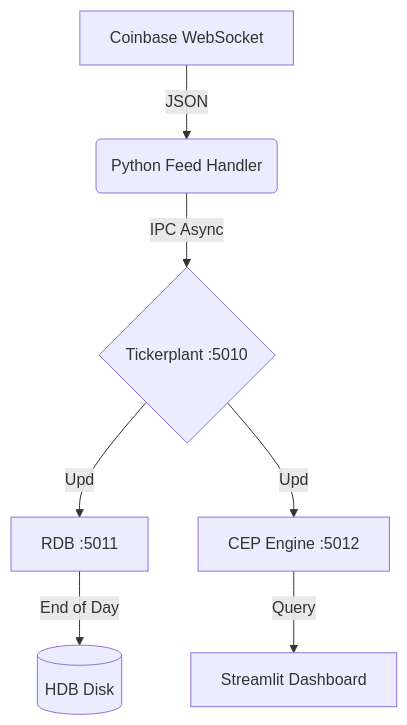
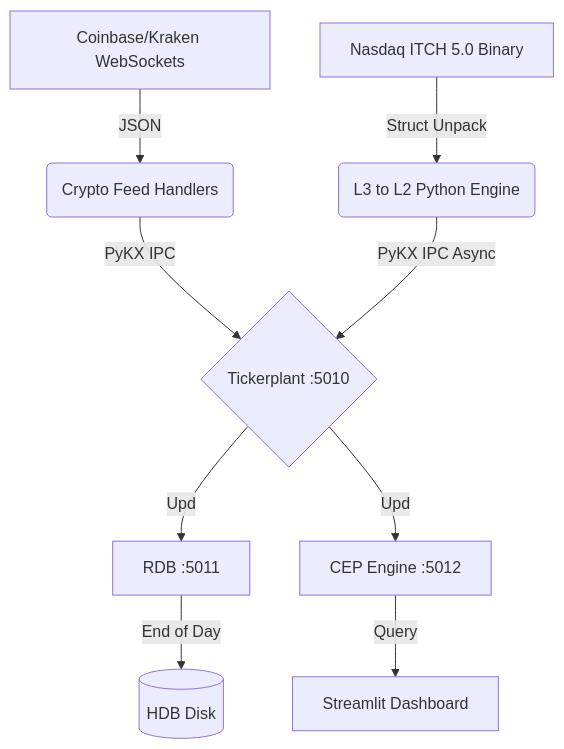
One commit to m-jonas/kdb-project changed the diagram in README.md. Above: the diagram before and after it, drawn with Mermaid. The commit also changed other lines of this file, not shown here.

````diff
--- a/README.md
+++ b/README.md
@@ -22,9 +26,11 @@
 ```mermaid
 graph TD
-    A[Coinbase WebSocket] -->|JSON| B(Python Feed Handler)
-    B -->|IPC Async| C{Tickerplant :5010}
+    A[Coinbase/Kraken WebSockets] -->|JSON| B(Crypto Feed Handlers)
+    I[Nasdaq ITCH 5.0 Binary] -->|Struct Unpack| J(L3 to L2 Python Engine)
+    B -->|PyKX IPC| C{Tickerplant :5010}
+    J -->|PyKX IPC Async| C
     C -->|Upd| D[RDB :5011]
     C -->|Upd| E[CEP Engine :5012]
     D -->|End of Day| F[(HDB Disk)]
     E -->|Query| G[Streamlit Dashboard]
 ```
````
